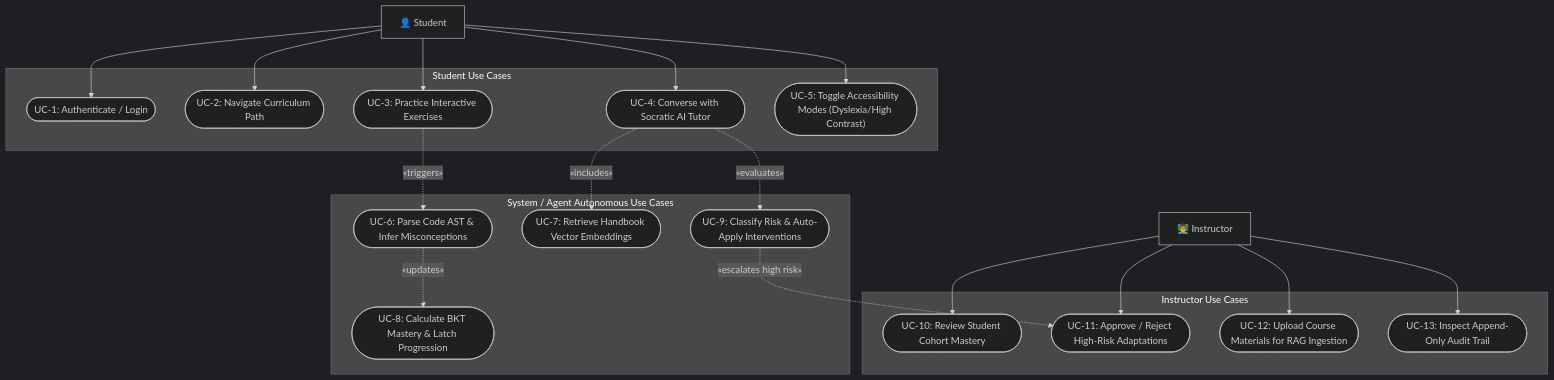
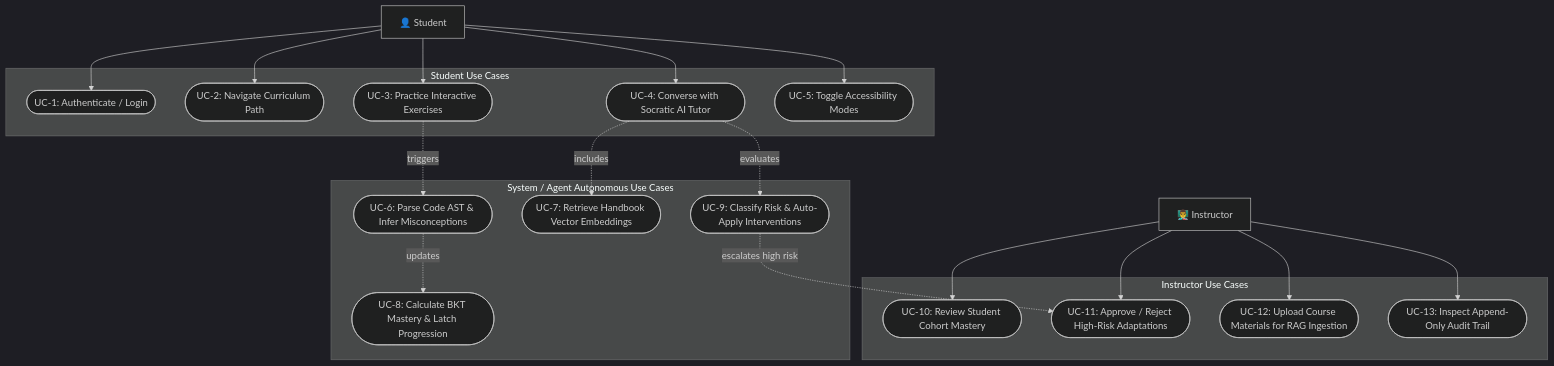
One commit to HarshilKhanna/Python-Educator changed the fourth of 7 diagrams in README.md. Above: the diagram before and after it, drawn with Mermaid (dark theme). The commit also changed other lines of this file, not shown here.

Commit message:
fix(docs): resolve Mermaid syntax for GitHub renderer

````diff
--- a/README.md
+++ b/README.md
@@ -182,42 +182,42 @@
 ```mermaid
 flowchart TB
     subgraph StudentUseCases ["Student Use Cases"]
         UC1(["UC-1: Authenticate / Login"])
         UC2(["UC-2: Navigate Curriculum Path"])
         UC3(["UC-3: Practice Interactive Exercises"])
         UC4(["UC-4: Converse with Socratic AI Tutor"])
-        UC5(["UC-5: Toggle Accessibility Modes (Dyslexia/High Contrast)"])
+        UC5(["UC-5: Toggle Accessibility Modes"])
     end
 
     subgraph SystemUseCases ["System / Agent Autonomous Use Cases"]
         UC6(["UC-6: Parse Code AST & Infer Misconceptions"])
         UC7(["UC-7: Retrieve Handbook Vector Embeddings"])
         UC8(["UC-8: Calculate BKT Mastery & Latch Progression"])
         UC9(["UC-9: Classify Risk & Auto-Apply Interventions"])
     end
 
     subgraph InstructorUseCases ["Instructor Use Cases"]
         UC10(["UC-10: Review Student Cohort Mastery"])
         UC11(["UC-11: Approve / Reject High-Risk Adaptations"])
         UC12(["UC-12: Upload Course Materials for RAG Ingestion"])
         UC13(["UC-13: Inspect Append-Only Audit Trail"])
     end
 
     StudentActor["👤 Student"] --> UC1
     StudentActor --> UC2
     StudentActor --> UC3
     StudentActor --> UC4
     StudentActor --> UC5
 
-    UC3 -.->|«triggers»| UC6
-    UC4 -.->|«includes»| UC7
-    UC6 -.->|«updates»| UC8
-    UC4 -.->|«evaluates»| UC9
+    UC3 -.->|triggers| UC6
+    UC4 -.->|includes| UC7
+    UC6 -.->|updates| UC8
+    UC4 -.->|evaluates| UC9
 
     InstructorActor["👨‍🏫 Instructor"] --> UC10
     InstructorActor --> UC11
     InstructorActor --> UC12
     InstructorActor --> UC13
     
-    UC9 -.->|«escalates high risk»| UC11
+    UC9 -.->|escalates high risk| UC11
 ```
````
